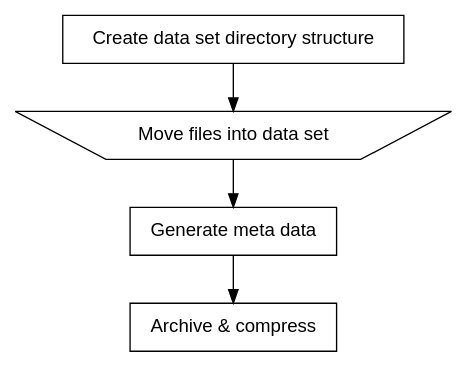
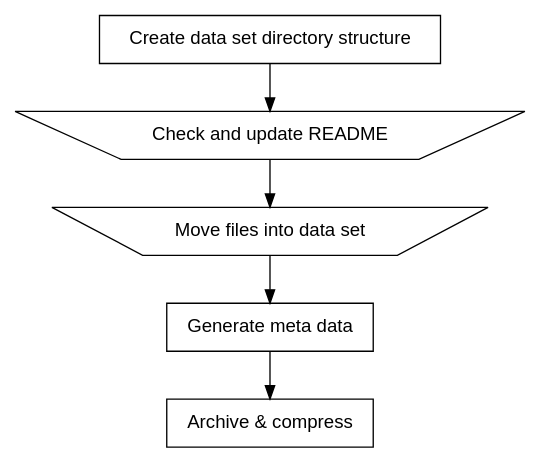
One commit to JIC-CSB/dtool changed the diagram in workflow_diagrams/arctool.gv. Above: the diagram before and after it, drawn with Graphviz.

Commit message:
Add step to update README to workflow diagram

```diff
--- a/workflow_diagrams/arctool.gv
+++ b/workflow_diagrams/arctool.gv
@@ -1,16 +1,18 @@
 digraph arctool {
 
   node[shape=box fontname="helvetica" fontcolor=black]
 
   create_new_archive[label="Create data set directory structure"];
   generate_manifest[label="Generate meta data"];
   archive_and_compress[label="Archive & compress"];
 
   node[shape=invtrapezium fontname="helvetica" fontcolor=black]
+  update_readme[label="Check and update README"];
   add_data[label="Move files into data set"] ;
 
-  create_new_archive -> add_data;
+  create_new_archive -> update_readme;
+  update_readme -> add_data;
   add_data -> generate_manifest;
   generate_manifest -> archive_and_compress;
 
 }
```
